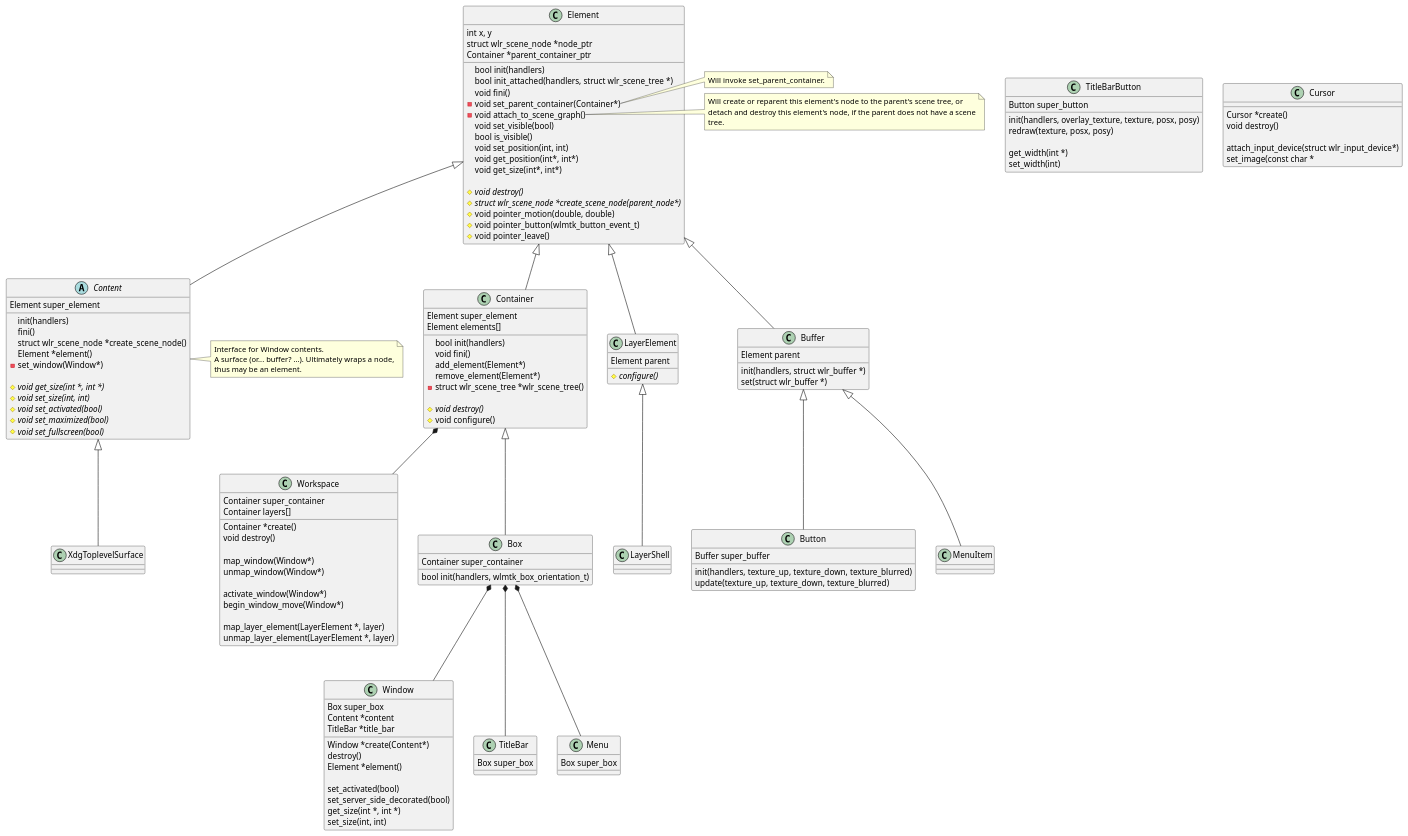
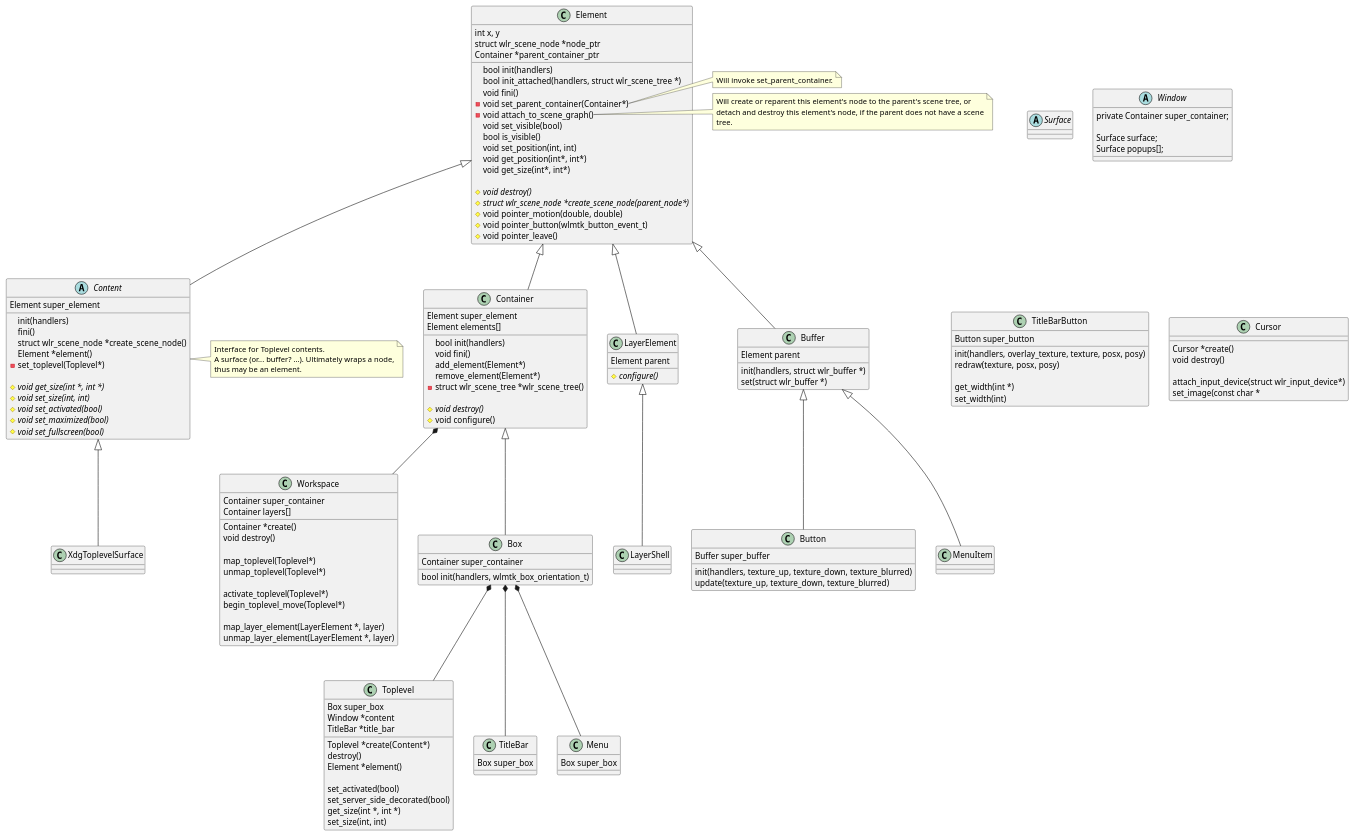
The first of 2 diagrams in src/toolkit/toolkit.md (phkaeser/wlmaker), drawn with PlantUML before and after one commit. The commit also changed other lines of this file and 27 other files, not shown here.

Commit message:
Renames wlmtk_window to wlmtk_toplevel throughout.

```diff
--- a/src/toolkit/toolkit.md
+++ b/src/toolkit/toolkit.md
@@ -81,11 +81,11 @@
   Container *create()
   void destroy()
 
-  map_window(Window*)
-  unmap_window(Window*)
+  map_toplevel(Toplevel*)
+  unmap_toplevel(Toplevel*)
 
-  activate_window(Window*)
-  begin_window_move(Window*)
+  activate_toplevel(Toplevel*)
+  begin_toplevel_move(Toplevel*)
 
   map_layer_element(LayerElement *, layer)
   unmap_layer_element(LayerElement *, layer)
@@ -99,6 +99,19 @@
 }
 Container <|-- Box
 
+
+
+abstract class Surface {
+}
+
+abstract class Window {
+  private Container super_container;
+
+  Surface surface;
+  Surface popups[];
+}
+
+
 abstract class Content {
   Element super_element
 
@@ -106,7 +119,7 @@
   fini()
   struct wlr_scene_node *create_scene_node()
   Element *element()
-  -set_window(Window*)
+  -set_toplevel(Toplevel*)
 
   {abstract}#void get_size(int *, int *)
   {abstract}#void set_size(int, int)
@@ -116,7 +129,7 @@
 }
 Element <|-- Content
 note right of Content
-  Interface for Window contents.
+  Interface for Toplevel contents.
   A surface (or... buffer? ...). Ultimately wraps a node,
   thus may be an element.
 end note
@@ -152,12 +165,12 @@
 }
 Buffer <|-- Button
 
-class Window {
+class Toplevel {
   Box super_box
-  Content *content
+  Window *content
   TitleBar *title_bar
 
-  Window *create(Content*)
+  Toplevel *create(Content*)
   destroy()
   Element *element()
 
@@ -166,7 +179,7 @@
   get_size(int *, int *)
   set_size(int, int)
 }
-Box *-- Window
+Box *-- Toplevel
 
 class TitleBar {
   Box super_box
```
